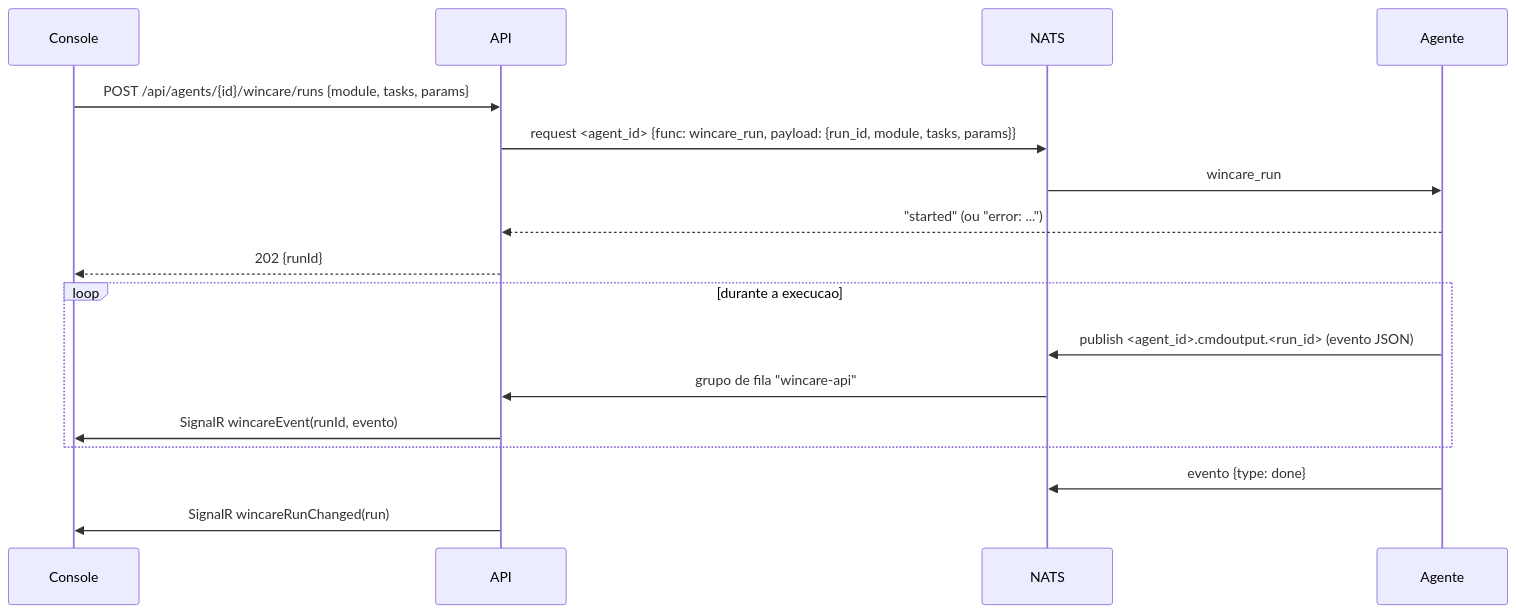
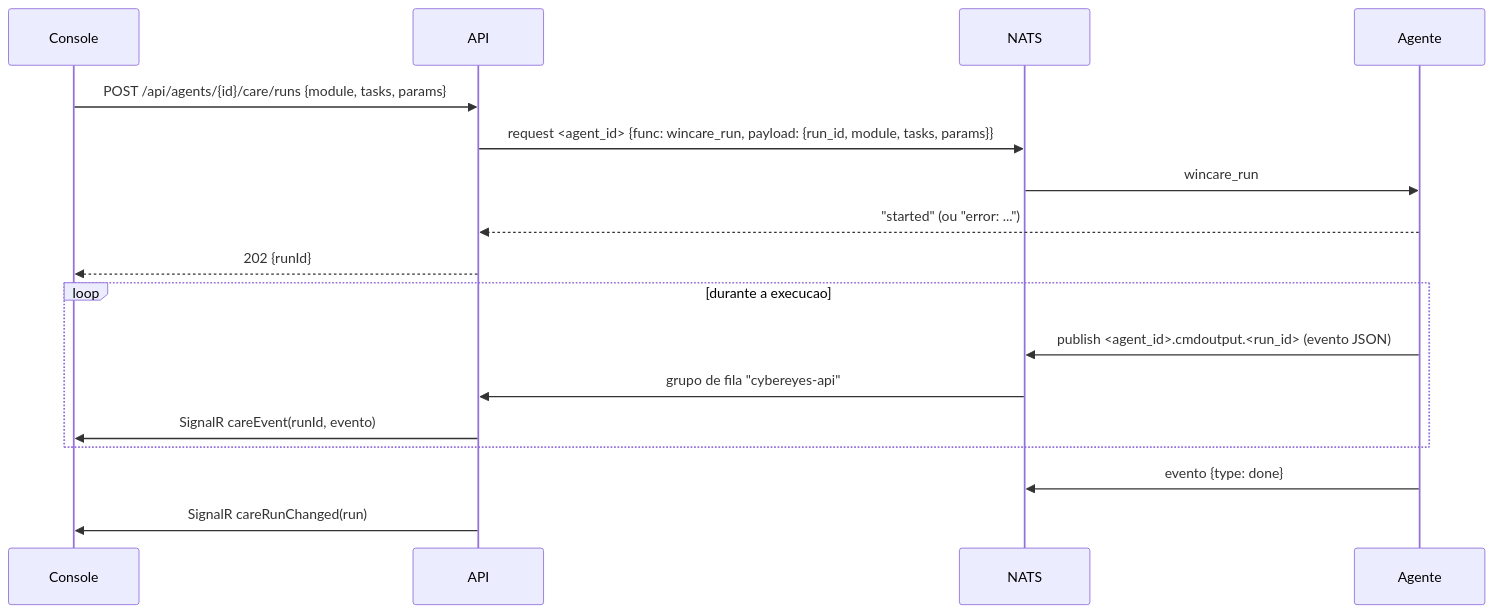
Before and after one commit to PauloACruz/CYBEREYES: the diagram in docs/api/fase7-agente.md, drawn with Mermaid. The commit also changed other lines of this file and 344 other files, not shown here.

Commit message:
Renomeacao WinCare -> Cybereyes (ADR-019)

````diff
--- a/docs/api/fase7-agente.md
+++ b/docs/api/fase7-agente.md
@@ -7,19 +7,19 @@
 ```mermaid
 sequenceDiagram
     participant C as Console
     participant S as API
     participant N as NATS
     participant A as Agente
-    C->>S: POST /api/agents/{id}/wincare/runs {module, tasks, params}
+    C->>S: POST /api/agents/{id}/care/runs {module, tasks, params}
     S->>N: request <agent_id> {func: wincare_run, payload: {run_id, module, tasks, params}}
     N->>A: wincare_run
     A-->>S: "started" (ou "error: ...")
     S-->>C: 202 {runId}
     loop durante a execucao
         A->>N: publish <agent_id>.cmdoutput.<run_id> (evento JSON)
-        N->>S: grupo de fila "wincare-api"
-        S->>C: SignalR wincareEvent(runId, evento)
+        N->>S: grupo de fila "cybereyes-api"
+        S->>C: SignalR careEvent(runId, evento)
     end
     A->>N: evento {type: done}
-    S->>C: SignalR wincareRunChanged(run)
+    S->>C: SignalR careRunChanged(run)
 ```
````
